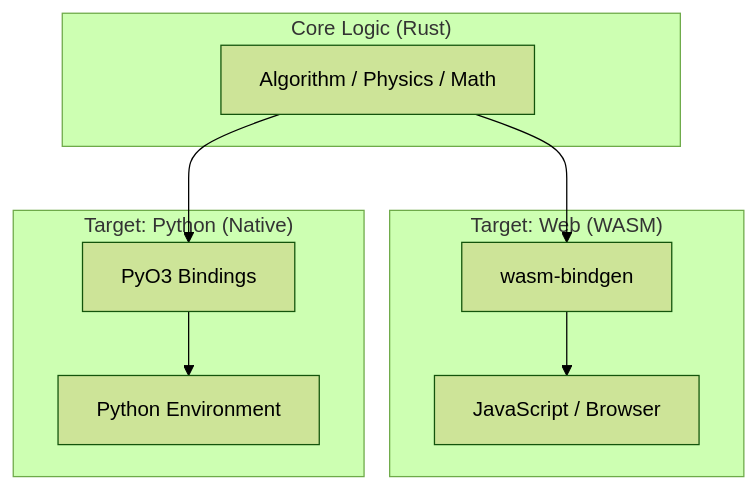
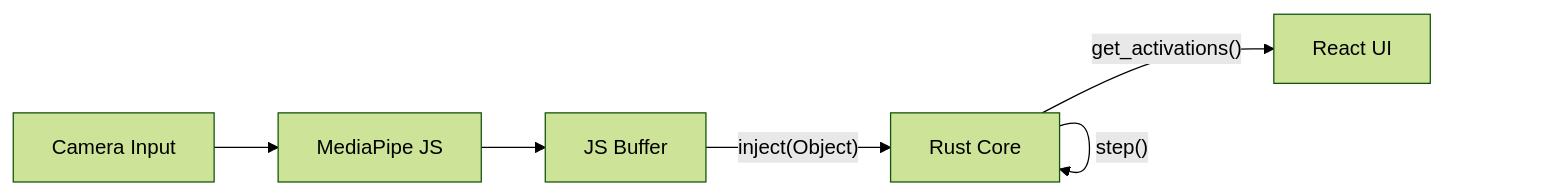
One commit to Funmatu/context-graph-rs changed the diagram in README.md. Above: the diagram before and after it, drawn with Mermaid (forest theme). The commit also changed other lines of this file and 7 other files, not shown here.

Commit message:
feat: complete context-graph-rs implementation with rust core

````diff
--- a/README.md
+++ b/README.md
@@ -18,18 +29,9 @@
 ```mermaid
-graph TD
-    subgraph "Core Logic (Rust)"
-        Alg[Algorithm / Physics / Math]
-    end
+graph LR
+    Video[Camera Input] --> MP[MediaPipe JS]
+    MP --> Buffer[JS Buffer]
+    Buffer --"inject(Object)"--> WASM[Rust Core]
+    WASM --"step()"--> WASM
+    WASM --"get_activations()"--> UI[React UI]
 
-    subgraph "Target: Web (WASM)"
-        WB[wasm-bindgen]
-        JS[JavaScript / Browser]
-        Alg --> WB --> JS
-    end
-
-    subgraph "Target: Python (Native)"
-        PyO3[PyO3 Bindings]
-        Py[Python Environment]
-        Alg --> PyO3 --> Py
-    end
 ```
````
